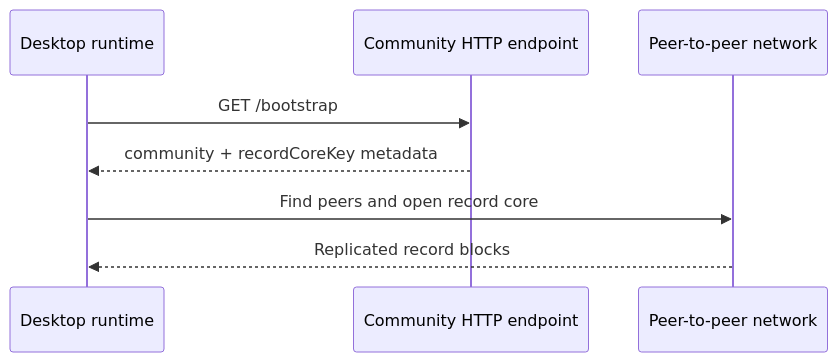
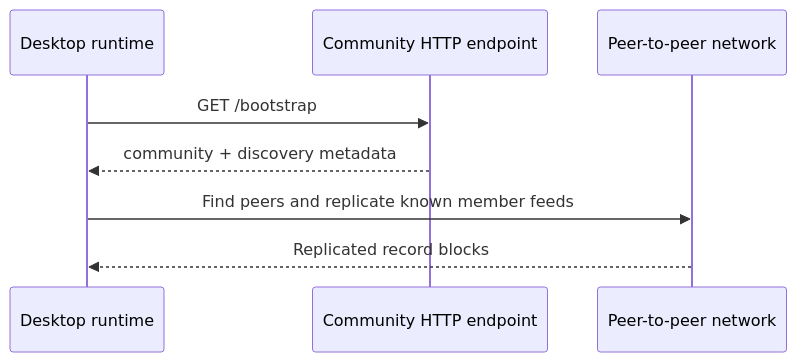
One commit to matthewlovestocode/peer-hours changed the diagram in docs/education/11-bootstrap-endpoint.md. Above: the diagram before and after it, drawn with Mermaid. The commit also changed other lines of this file and 39 other files, not shown here.

````diff
--- a/docs/education/11-bootstrap-endpoint.md
+++ b/docs/education/11-bootstrap-endpoint.md
@@ -13,10 +13,10 @@
 ```mermaid
 sequenceDiagram
   participant D as Desktop runtime
   participant H as Community HTTP endpoint
   participant P as Peer-to-peer network
   D->>H: GET /bootstrap
-  H-->>D: community + recordCoreKey metadata
-  D->>P: Find peers and open record core
+  H-->>D: community + discovery metadata
+  D->>P: Find peers and replicate known member feeds
   P-->>D: Replicated record blocks
 ```
````
